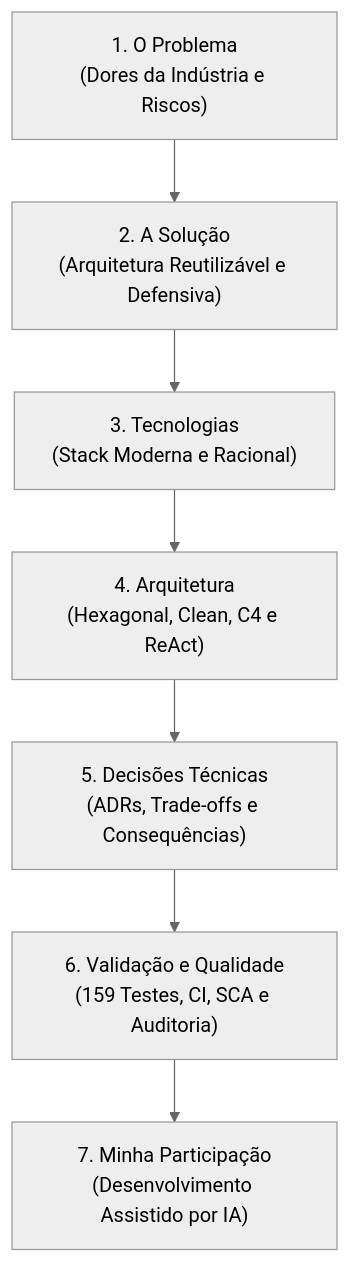
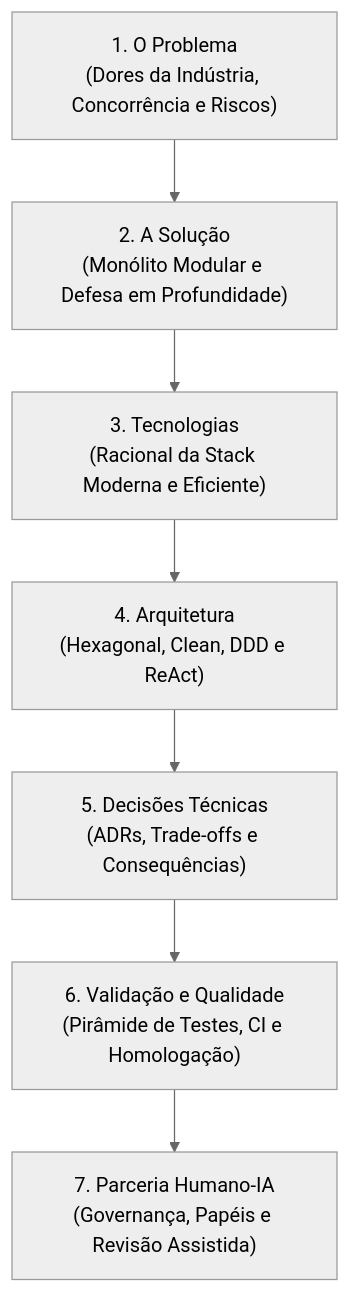
The first of 8 diagrams in docs/caderno_tecnico.md (AirtonNettu/reusable-ai-backend-architecture), drawn with Mermaid (neutral theme) before and after one commit. The commit also changed other lines of this file, not shown here.

````diff
--- a/docs/caderno_tecnico.md
+++ b/docs/caderno_tecnico.md
@@ -14,12 +17,12 @@
 ```mermaid
 flowchart TD
-    P1["1. O Problema<br/>(Dores da Indústria e Riscos)"]
-    P2["2. A Solução<br/>(Arquitetura Reutilizável e Defensiva)"]
-    P3["3. Tecnologias<br/>(Stack Moderna e Racional)"]
-    P4["4. Arquitetura<br/>(Hexagonal, Clean, C4 e ReAct)"]
+    P1["1. O Problema<br/>(Dores da Indústria, Concorrência e Riscos)"]
+    P2["2. A Solução<br/>(Monólito Modular e Defesa em Profundidade)"]
+    P3["3. Tecnologias<br/>(Racional da Stack Moderna e Eficiente)"]
+    P4["4. Arquitetura<br/>(Hexagonal, Clean, DDD e ReAct)"]
     P5["5. Decisões Técnicas<br/>(ADRs, Trade-offs e Consequências)"]
-    P6["6. Validação e Qualidade<br/>(159 Testes, CI, SCA e Auditoria)"]
-    P7["7. Minha Participação<br/>(Desenvolvimento Assistido por IA)"]
+    P6["6. Validação e Qualidade<br/>(Pirâmide de Testes, CI e Homologação)"]
+    P7["7. Parceria Humano-IA<br/>(Governança, Papéis e Revisão Assistida)"]
 
     P1 --> P2 --> P3 --> P4 --> P5 --> P6 --> P7
 ```
````
